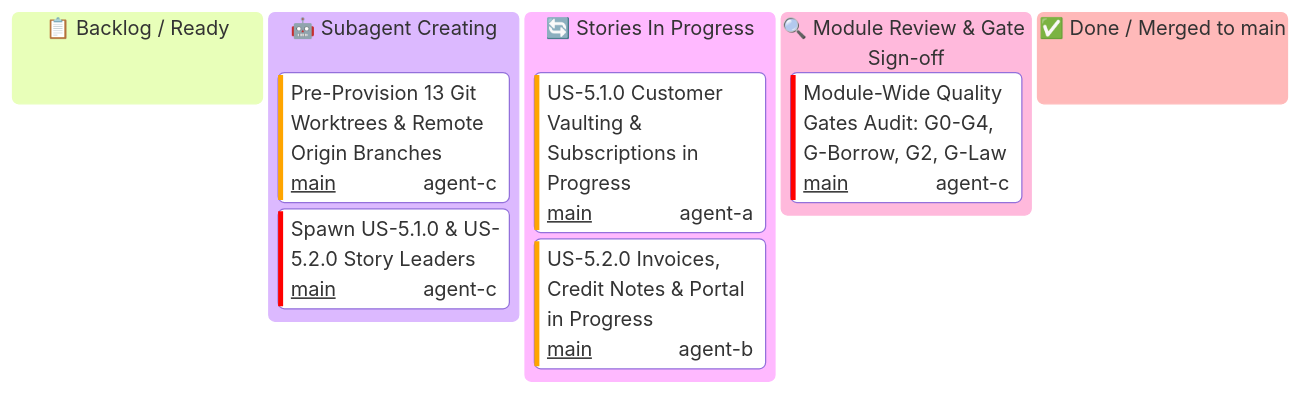
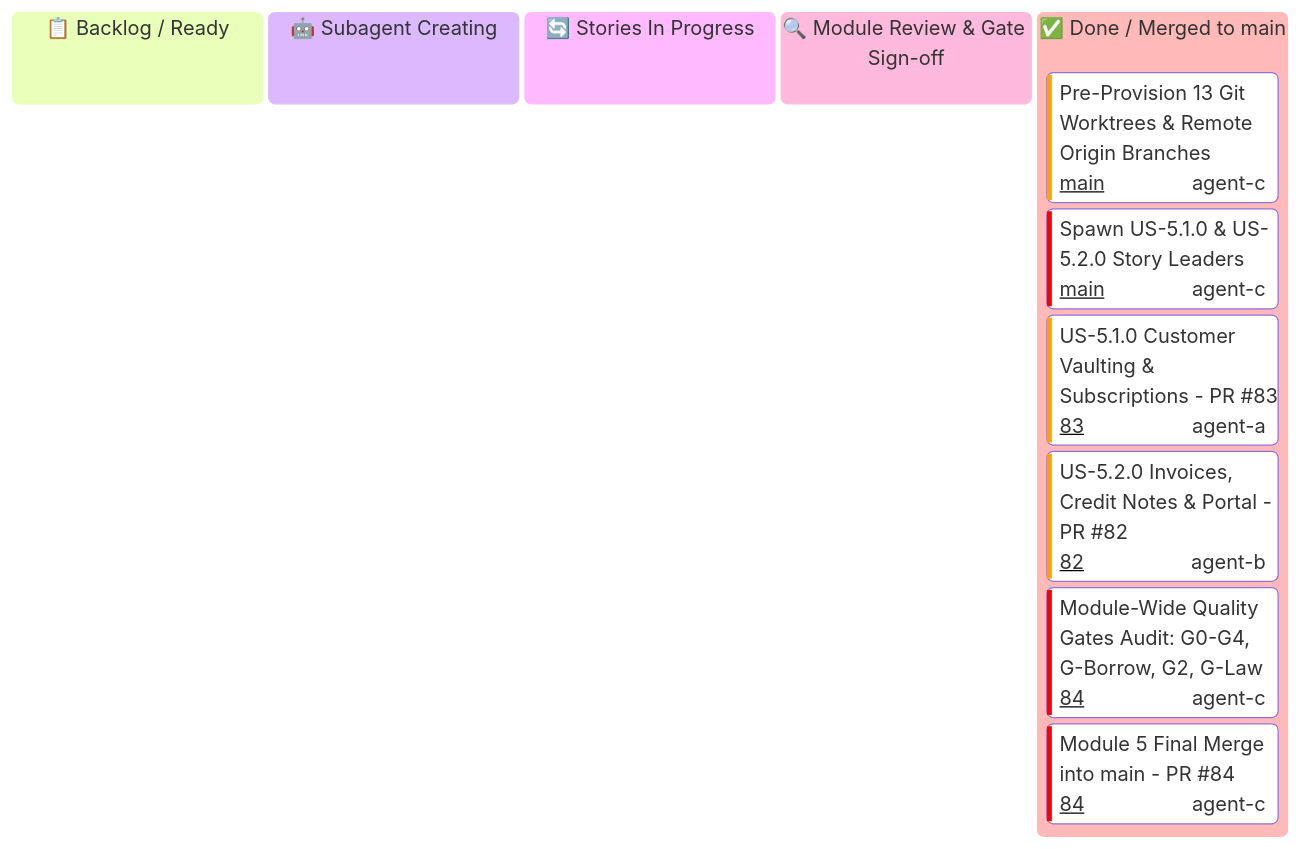
One commit to some-of-cs/some-stripe changed the diagram in docs/user-stories/module-5-customers-and-billing/MODULE-KANBAN.md. Above: the diagram before and after it, drawn with Mermaid. The commit also changed other lines of this file and 4 other files, not shown here.

Commit message:
docs(module-5): update kanban, checkpoints, and workspace agent supervision rules

````diff
--- a/docs/user-stories/module-5-customers-and-billing/MODULE-KANBAN.md
+++ b/docs/user-stories/module-5-customers-and-billing/MODULE-KANBAN.md
@@ -14,18 +14,19 @@
 ```mermaid
 ---
 config:
   kanban:
     ticketBaseUrl: 'https://github.com/some-of-cs/some-stripe/pull/#TICKET#'
 ---
 kanban
   todo[📋 Backlog / Ready]
   spawning[🤖 Subagent Creating]
+  in_progress[🔄 Stories In Progress]
+  review[🔍 Module Review & Gate Sign-off]
+  done[✅ Done / Merged to main]
     m5_setup[Pre-Provision 13 Git Worktrees & Remote Origin Branches]@{ ticket: 'main', assigned: 'agent-c', priority: 'High' }
     m5_spawn_stories[Spawn US-5.1.0 & US-5.2.0 Story Leaders]@{ ticket: 'main', assigned: 'agent-c', priority: 'Very High' }
-  in_progress[🔄 Stories In Progress]
-    m5_s51_progress[US-5.1.0 Customer Vaulting & Subscriptions in Progress]@{ ticket: 'main', assigned: 'agent-a', priority: 'High' }
-    m5_s52_progress[US-5.2.0 Invoices, Credit Notes & Portal in Progress]@{ ticket: 'main', assigned: 'agent-b', priority: 'High' }
-  review[🔍 Module Review & Gate Sign-off]
-    m5_gates[Module-Wide Quality Gates Audit: G0-G4, G-Borrow, G2, G-Law]@{ ticket: 'main', assigned: 'agent-c', priority: 'Very High' }
-  done[✅ Done / Merged to main]
+    m5_s51_progress[US-5.1.0 Customer Vaulting & Subscriptions - PR #83]@{ ticket: '83', assigned: 'agent-a', priority: 'High' }
+    m5_s52_progress[US-5.2.0 Invoices, Credit Notes & Portal - PR #82]@{ ticket: '82', assigned: 'agent-b', priority: 'High' }
+    m5_gates[Module-Wide Quality Gates Audit: G0-G4, G-Borrow, G2, G-Law]@{ ticket: '84', assigned: 'agent-c', priority: 'Very High' }
+    m5_main[Module 5 Final Merge into main - PR #84]@{ ticket: '84', assigned: 'agent-c', priority: 'Very High' }
 ```
````
